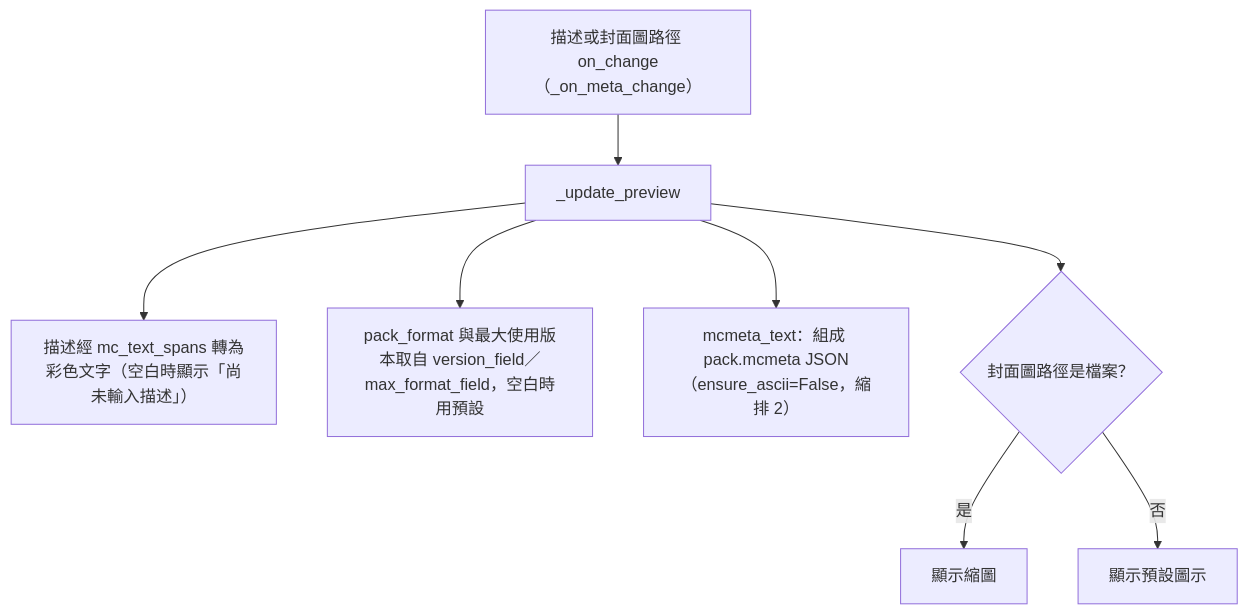
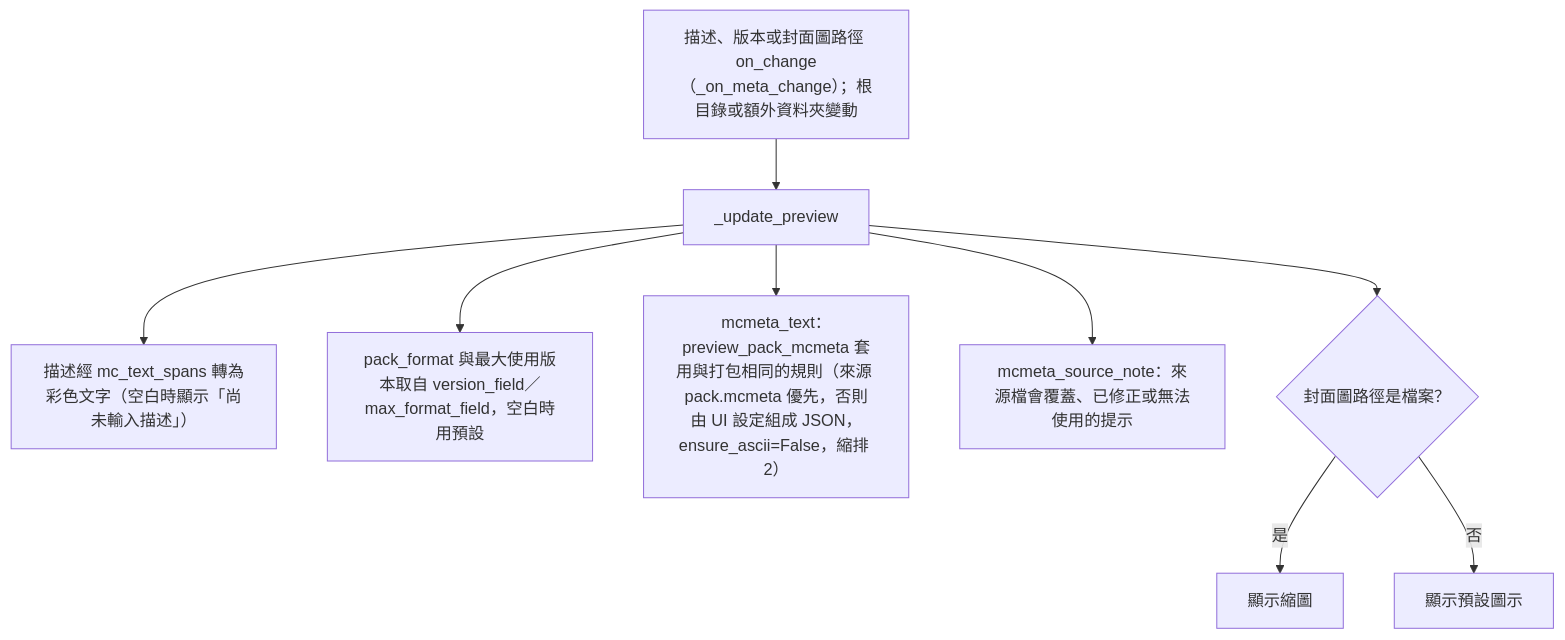
One commit to jlin53882/Minecraft-translate changed the third of 6 diagrams in docs/page_flows/bundler.md. Above: the diagram before and after it, drawn with Mermaid. The commit also changed other lines of this file and 7 other files, not shown here.

First line of the commit message:
fix(bundler): preview the pack.mcmeta the ZIP will actually contain

````diff
--- a/docs/page_flows/bundler.md
+++ b/docs/page_flows/bundler.md
@@ -50,10 +50,11 @@
 ```mermaid
 flowchart TD
-    A["描述或封面圖路徑 on_change（_on_meta_change）"] --> B["_update_preview"]
+    A["描述、版本或封面圖路徑 on_change（_on_meta_change）；根目錄或額外資料夾變動"] --> B["_update_preview"]
     B --> C["描述經 mc_text_spans 轉為彩色文字（空白時顯示「尚未輸入描述」）"]
     B --> D["pack_format 與最大使用版本取自 version_field／max_format_field，空白時用預設"]
-    B --> E["mcmeta_text：組成 pack.mcmeta JSON（ensure_ascii=False，縮排 2）"]
+    B --> E["mcmeta_text：preview_pack_mcmeta 套用與打包相同的規則（來源 pack.mcmeta 優先，否則由 UI 設定組成 JSON，ensure_ascii=False，縮排 2）"]
+    B --> I["mcmeta_source_note：來源檔會覆蓋、已修正或無法使用的提示"]
     B --> F{"封面圖路徑是檔案？"}
     F -- 是 --> G["顯示縮圖"]
     F -- 否 --> H["顯示預設圖示"]
 ```
````
